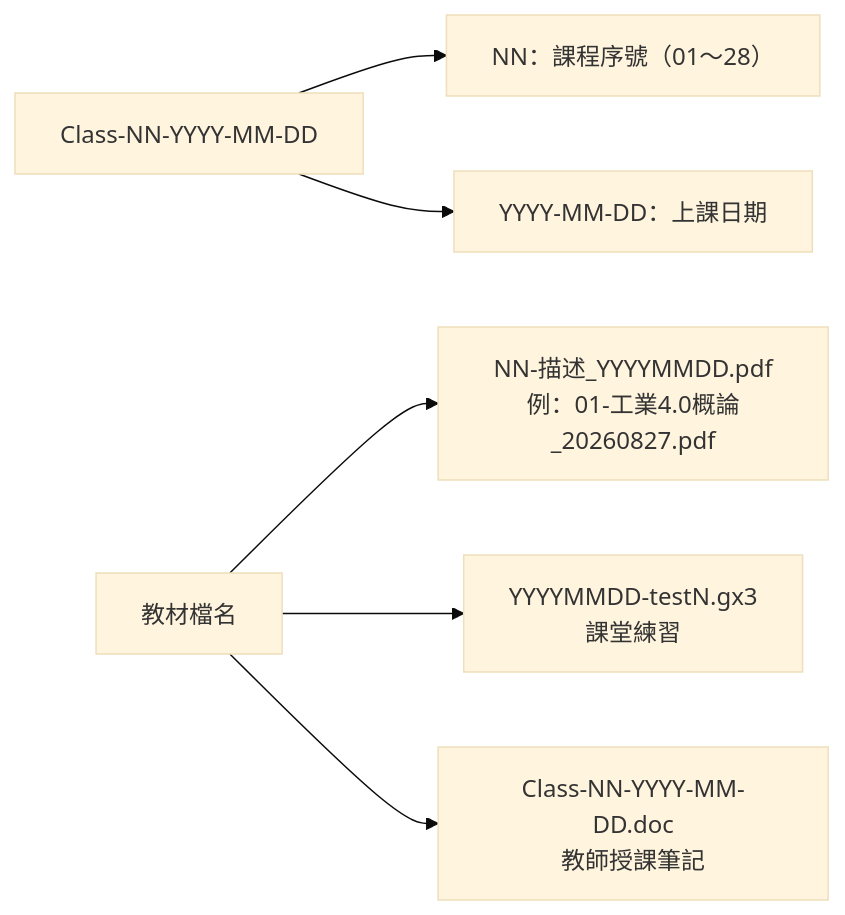
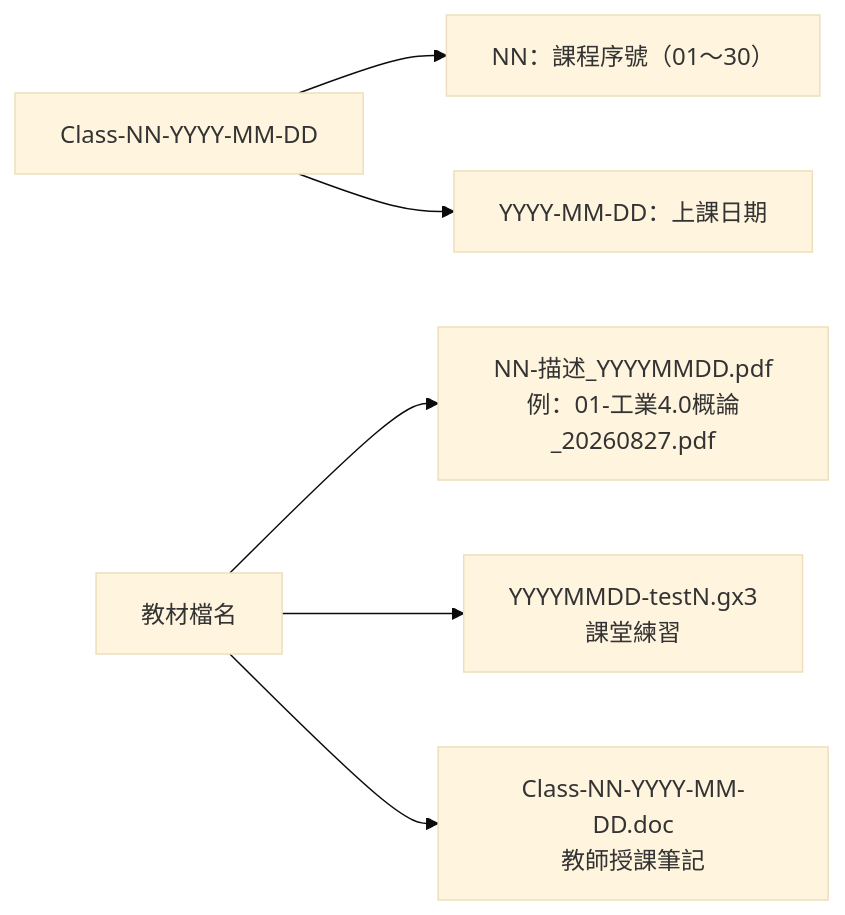
One commit to yd7148/INDUSTRY-4.0 changed the third of 3 diagrams in docs/COURSE-MAP.md. Above: the diagram before and after it, drawn with Mermaid (base theme). The commit also changed other lines of this file and 2 other files, not shown here.

Commit message:
Sync docs for Class-29/30 (30 classes, 31 videos, timeline and MySQL SVG)

````diff
--- a/docs/COURSE-MAP.md
+++ b/docs/COURSE-MAP.md
@@ -150,8 +159,8 @@
 ```mermaid
 flowchart LR
-    A["Class-NN-YYYY-MM-DD"] --> B["NN：課程序號（01～28）"]
+    A["Class-NN-YYYY-MM-DD"] --> B["NN：課程序號（01～30）"]
     A --> C["YYYY-MM-DD：上課日期"]
     D["教材檔名"] --> E["NN-描述_YYYYMMDD.pdf<br/>例：01-工業4.0概論_20260827.pdf"]
     D --> F["YYYYMMDD-testN.gx3<br/>課堂練習"]
     D --> G["Class-NN-YYYY-MM-DD.doc<br/>教師授課筆記"]
 ```
````
